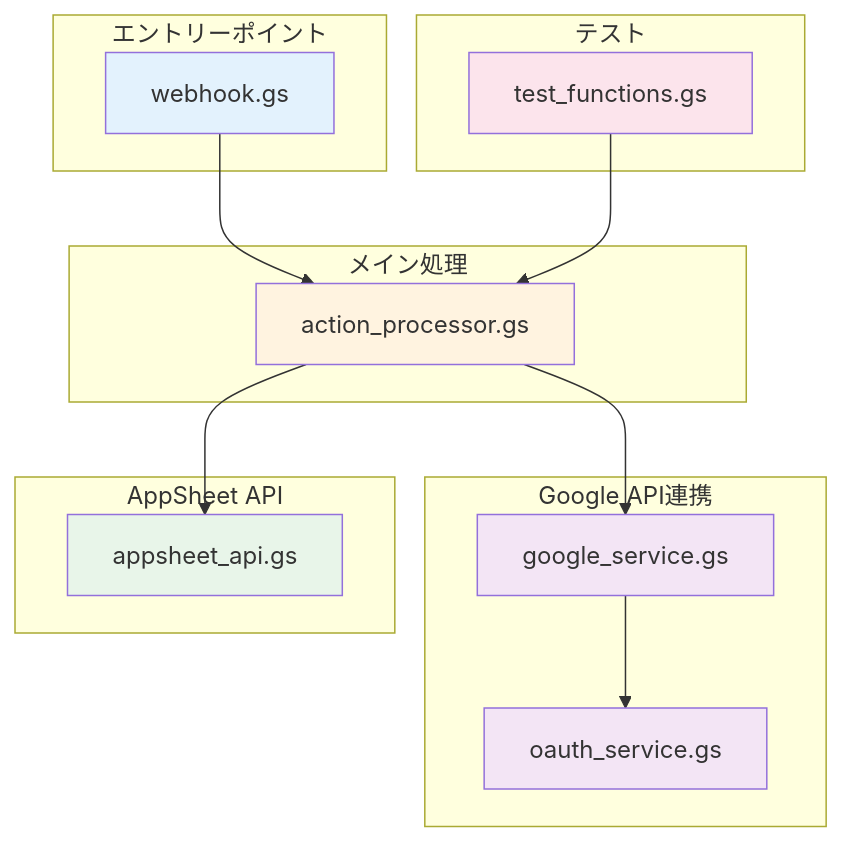
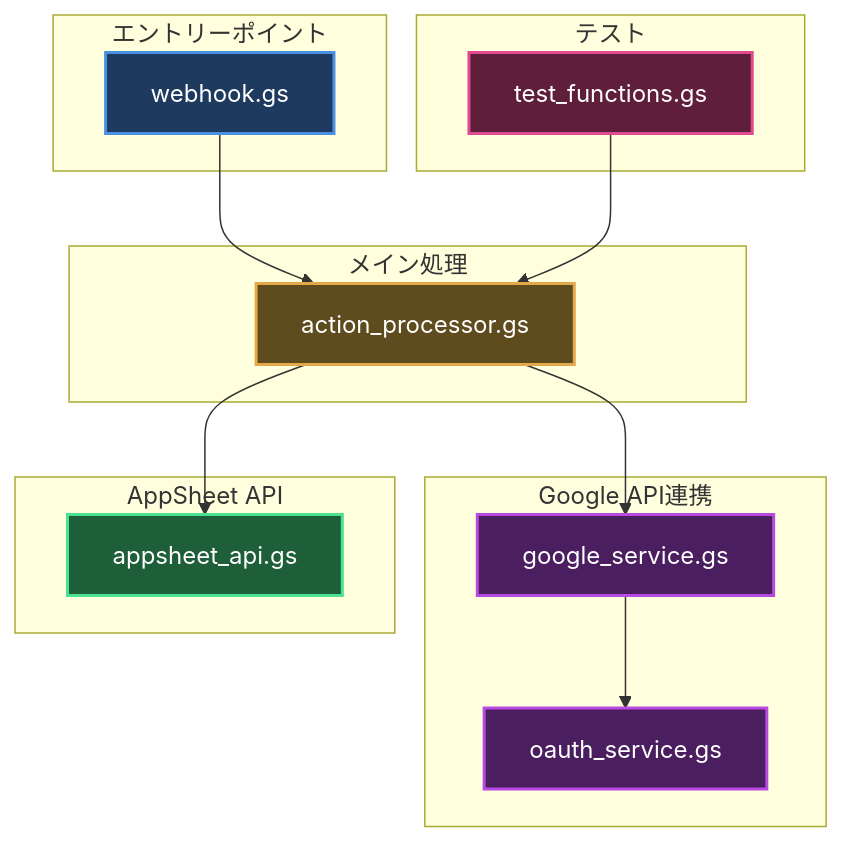
The first of 5 diagrams in gas_projects/Appsheet_通話_イベント・タスク作成/SCRIPT_ARCHITECTURE.md (tasai-lab/appsheet-gas-automation), drawn with Mermaid before and after one commit. The commit also changed other lines of this file and 4 other files, not shown here.

First line of the commit message:
docs: 全ての図に配色ガイドライン準拠の配色を適用

````diff
--- a/gas_projects/Appsheet_通話_イベント・タスク作成/SCRIPT_ARCHITECTURE.md
+++ b/gas_projects/Appsheet_通話_イベント・タスク作成/SCRIPT_ARCHITECTURE.md
@@ -9,36 +11,36 @@
 ```mermaid
 graph TB
     subgraph "エントリーポイント"
         A[webhook.gs]
     end
     
     subgraph "メイン処理"
         B[action_processor.gs]
     end
     
     subgraph "Google API連携"
         C[google_service.gs]
         D[oauth_service.gs]
     end
     
     subgraph "AppSheet API"
         E[appsheet_api.gs]
     end
     
     subgraph "テスト"
         F[test_functions.gs]
     end
     
     A --> B
     B --> C
     B --> E
     C --> D
     F --> B
     
-    style A fill:#e3f2fd
-    style B fill:#fff3e0
-    style C fill:#f3e5f5
-    style D fill:#f3e5f5
-    style E fill:#e8f5e9
-    style F fill:#fce4ec
+    style A fill:#1e3a5f,stroke:#4a90e2,stroke-width:2px,color:#ffffff
+    style B fill:#5f4c1e,stroke:#e2a84a,stroke-width:2px,color:#ffffff
+    style C fill:#4a1e5f,stroke:#b84ae2,stroke-width:2px,color:#ffffff
+    style D fill:#4a1e5f,stroke:#b84ae2,stroke-width:2px,color:#ffffff
+    style E fill:#1e5f3a,stroke:#4ae290,stroke-width:2px,color:#ffffff
+    style F fill:#5f1e3a,stroke:#e24a90,stroke-width:2px,color:#ffffff
 ```
````
